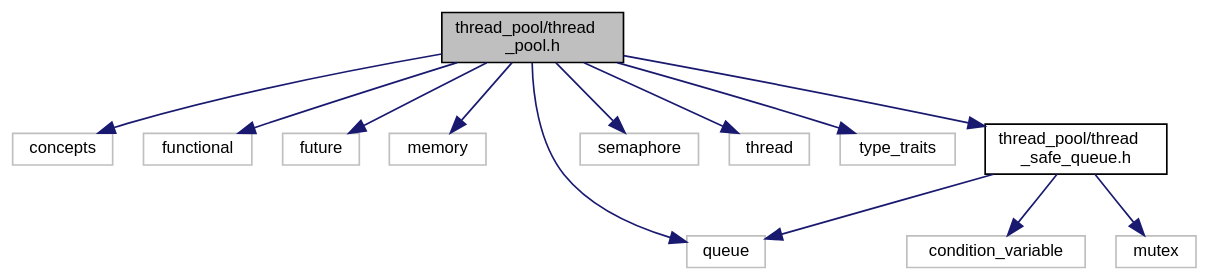
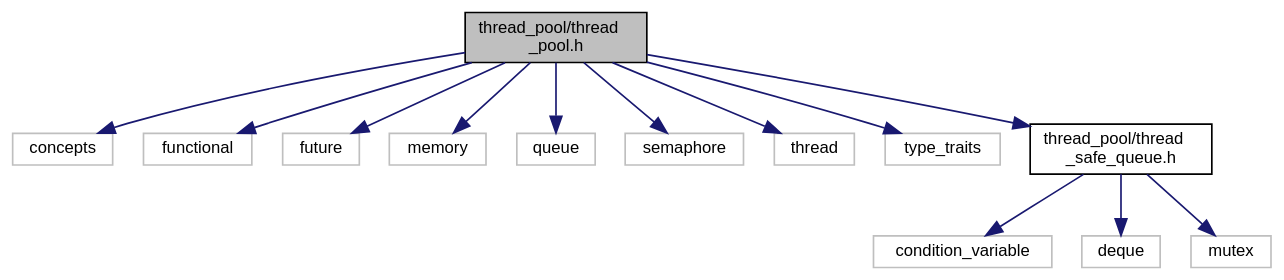
One commit to DeveloperPaul123/thread-pool changed the diagram in d1/db4/thread__pool_8h__incl.dot. Above: the diagram before and after it, drawn with Graphviz. The commit also changed 57 other files, not shown here.

```diff
--- a/d1/db4/thread__pool_8h__incl.dot
+++ b/d1/db4/thread__pool_8h__incl.dot
@@ -1,31 +1,32 @@
 digraph "thread_pool/thread_pool.h"
 {
  // LATEX_PDF_SIZE
   bgcolor="transparent";
   edge [fontname="Helvetica",fontsize="10",labelfontname="Helvetica",labelfontsize="10"];
   node [fontname="Helvetica",fontsize="10",shape=record];
   Node1 [label="thread_pool/thread\l_pool.h",height=0.2,width=0.4,color="black", fillcolor="grey75", style="filled", fontcolor="black",tooltip=" "];
   Node1 -> Node2 [color="midnightblue",fontsize="10",style="solid",fontname="Helvetica"];
   Node2 [label="concepts",height=0.2,width=0.4,color="grey75",tooltip=" "];
   Node1 -> Node3 [color="midnightblue",fontsize="10",style="solid",fontname="Helvetica"];
   Node3 [label="functional",height=0.2,width=0.4,color="grey75",tooltip=" "];
   Node1 -> Node4 [color="midnightblue",fontsize="10",style="solid",fontname="Helvetica"];
   Node4 [label="future",height=0.2,width=0.4,color="grey75",tooltip=" "];
   Node1 -> Node5 [color="midnightblue",fontsize="10",style="solid",fontname="Helvetica"];
   Node5 [label="memory",height=0.2,width=0.4,color="grey75",tooltip=" "];
   Node1 -> Node6 [color="midnightblue",fontsize="10",style="solid",fontname="Helvetica"];
   Node6 [label="queue",height=0.2,width=0.4,color="grey75",tooltip=" "];
   Node1 -> Node7 [color="midnightblue",fontsize="10",style="solid",fontname="Helvetica"];
   Node7 [label="semaphore",height=0.2,width=0.4,color="grey75",tooltip=" "];
   Node1 -> Node8 [color="midnightblue",fontsize="10",style="solid",fontname="Helvetica"];
   Node8 [label="thread",height=0.2,width=0.4,color="grey75",tooltip=" "];
   Node1 -> Node9 [color="midnightblue",fontsize="10",style="solid",fontname="Helvetica"];
   Node9 [label="type_traits",height=0.2,width=0.4,color="grey75",tooltip=" "];
   Node1 -> Node10 [color="midnightblue",fontsize="10",style="solid",fontname="Helvetica"];
   Node10 [label="thread_pool/thread\l_safe_queue.h",height=0.2,width=0.4,color="black",URL="$dd/df9/thread__safe__queue_8h.html",tooltip=" "];
   Node10 -> Node11 [color="midnightblue",fontsize="10",style="solid",fontname="Helvetica"];
   Node11 [label="condition_variable",height=0.2,width=0.4,color="grey75",tooltip=" "];
   Node10 -> Node12 [color="midnightblue",fontsize="10",style="solid",fontname="Helvetica"];
-  Node12 [label="mutex",height=0.2,width=0.4,color="grey75",tooltip=" "];
-  Node10 -> Node6 [color="midnightblue",fontsize="10",style="solid",fontname="Helvetica"];
+  Node12 [label="deque",height=0.2,width=0.4,color="grey75",tooltip=" "];
+  Node10 -> Node13 [color="midnightblue",fontsize="10",style="solid",fontname="Helvetica"];
+  Node13 [label="mutex",height=0.2,width=0.4,color="grey75",tooltip=" "];
 }
```
